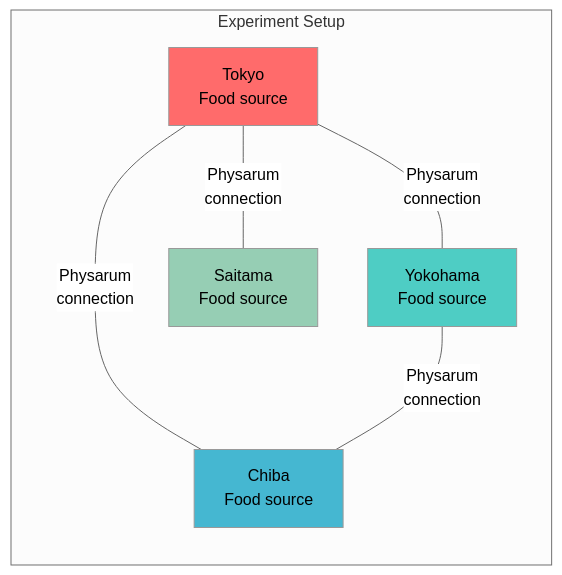
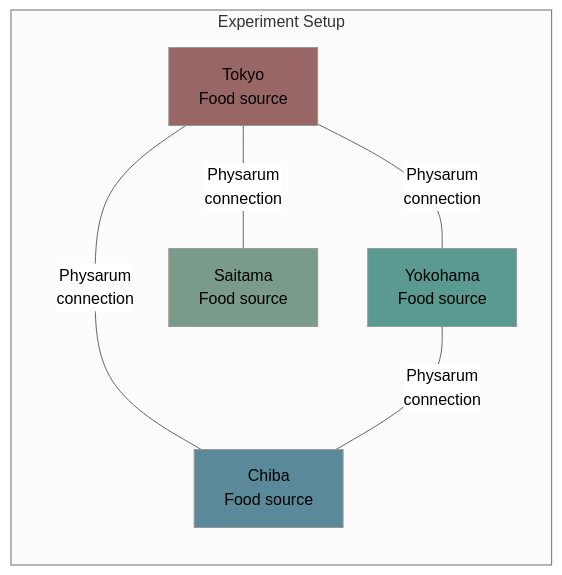
One commit to ScopeCreep-zip/Symbiont changed the third of 7 diagrams in docs/concepts/biological-foundations.md. Above: the diagram before and after it, drawn with Mermaid (neutral theme). The commit also changed other lines of this file and 17 other files, not shown here.

Commit message:
update to diagram colors

````diff
--- a/docs/concepts/biological-foundations.md
+++ b/docs/concepts/biological-foundations.md
@@ -122,19 +122,19 @@
 ```mermaid
 graph LR
     subgraph "Experiment Setup"
         TOK[Tokyo<br/>Food source]
         YOK[Yokohama<br/>Food source]
         CHI[Chiba<br/>Food source]
         SAI[Saitama<br/>Food source]
     end
 
     TOK ---|Physarum<br/>connection| YOK
     TOK ---|Physarum<br/>connection| CHI
     TOK ---|Physarum<br/>connection| SAI
     YOK ---|Physarum<br/>connection| CHI
 
-    style TOK fill:#FF6B6B
-    style YOK fill:#4ECDC4
-    style CHI fill:#45B7D1
-    style SAI fill:#96CEB4
+    style TOK fill:#996666
+    style YOK fill:#5a9a90
+    style CHI fill:#5a8a9a
+    style SAI fill:#7a9a8a
 ```
````
